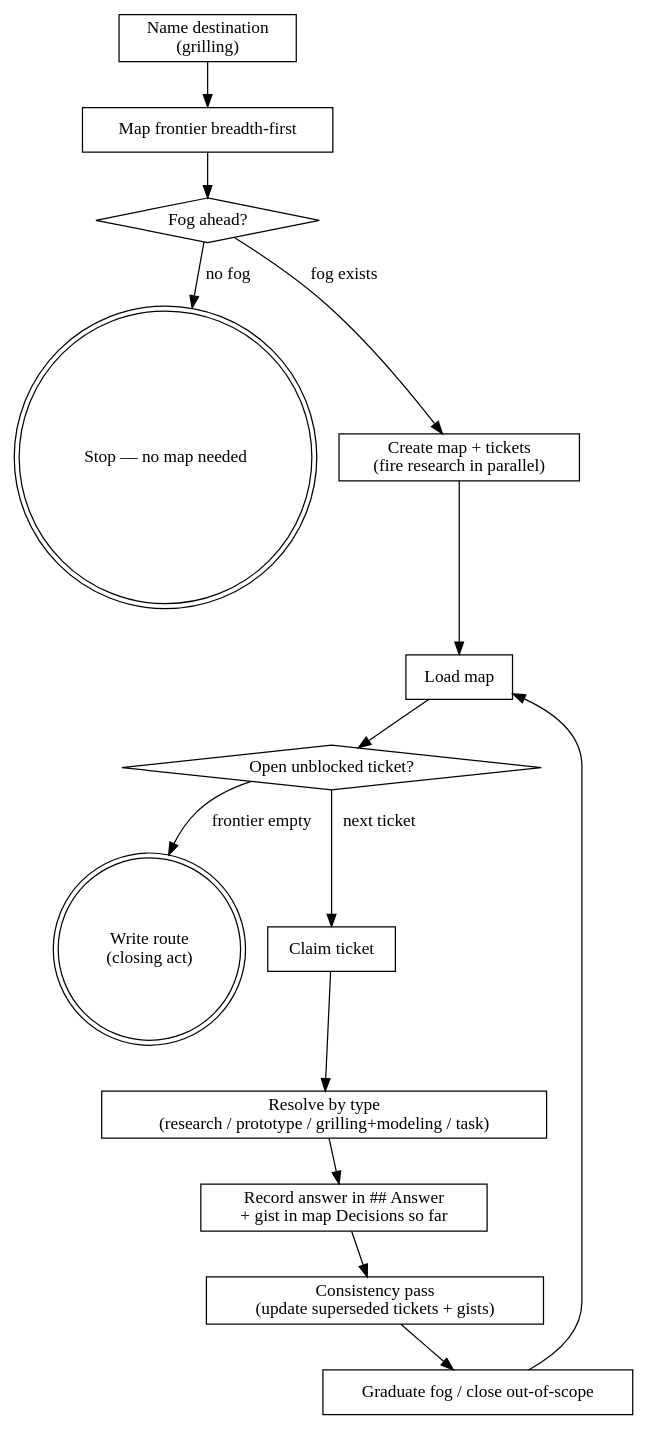
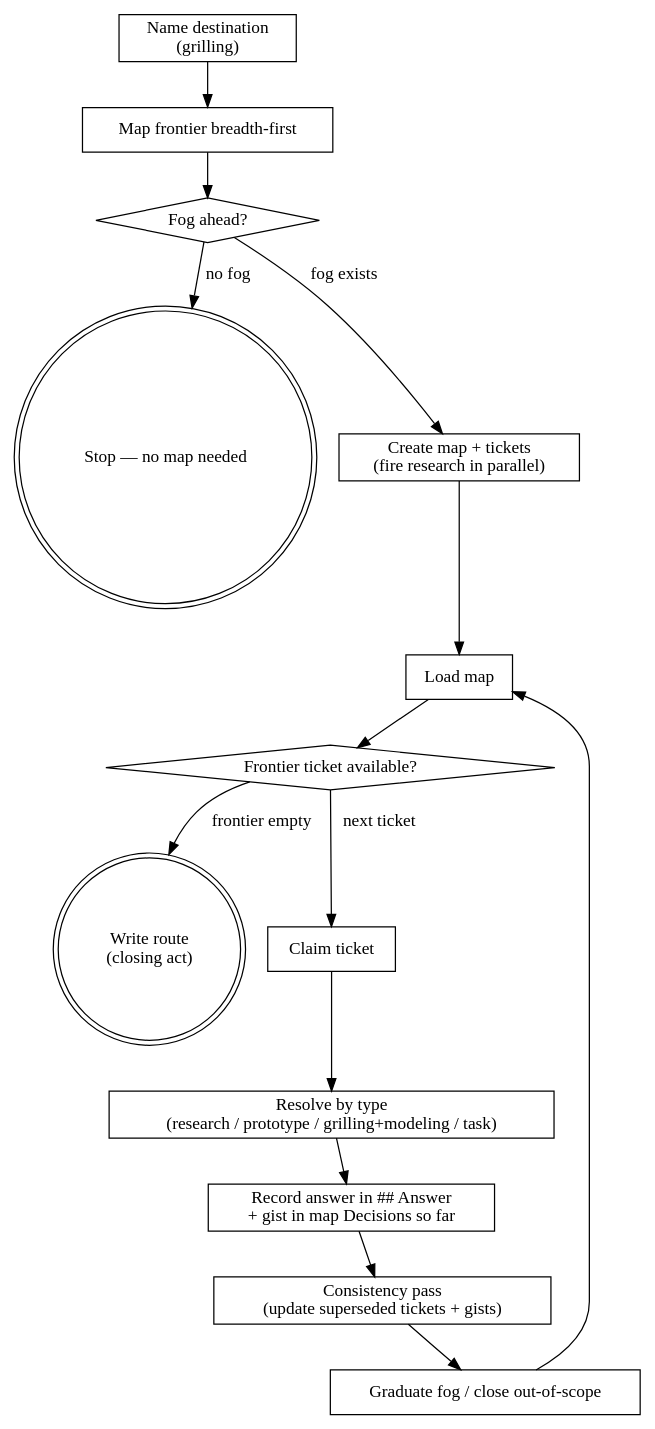
One commit to caiorcferreira/hamilton changed the diagram in skills/hamilton-wayfinder/SKILL.md. Above: the diagram before and after it, drawn with Graphviz. The commit also changed other lines of this file, not shown here.

Commit message:
fix(wayfinder): define the frontier once; unify status vocabulary
The work loop said pick the first open, unblocked, unclaimed ticket while
mechanics said claiming does not affect frontier calculation — a
contradiction. The frontier is now defined once in Map mechanics (status
open, all blockers resolved, file order); a claim removes a ticket from
the frontier; open names only the status value.

Action 6 of wayfinder-skills-action-plan.md.

Claude-Session: https://claude.ai/code/session_016QEiFwULPjcX4Q5RQkDWY7

````diff
--- a/skills/hamilton-wayfinder/SKILL.md
+++ b/skills/hamilton-wayfinder/SKILL.md
@@ -81,31 +83,31 @@
 ```dot
 digraph hamilton_wayfinder {
     "Name destination\n(grilling)" [shape=box];
     "Map frontier breadth-first" [shape=box];
     "Fog ahead?" [shape=diamond];
     "Stop — no map needed" [shape=doublecircle];
     "Create map + tickets\n(fire research in parallel)" [shape=box];
     "Load map" [shape=box];
-    "Open unblocked ticket?" [shape=diamond];
+    "Frontier ticket available?" [shape=diamond];
     "Write route\n(closing act)" [shape=doublecircle];
     "Claim ticket" [shape=box];
     "Resolve by type\n(research / prototype / grilling+modeling / task)" [shape=box];
     "Record answer in ## Answer\n+ gist in map Decisions so far" [shape=box];
     "Consistency pass\n(update superseded tickets + gists)" [shape=box];
     "Graduate fog / close out-of-scope" [shape=box];
 
     "Name destination\n(grilling)" -> "Map frontier breadth-first";
     "Map frontier breadth-first" -> "Fog ahead?";
     "Fog ahead?" -> "Stop — no map needed" [label="no fog"];
     "Fog ahead?" -> "Create map + tickets\n(fire research in parallel)" [label="fog exists"];
     "Create map + tickets\n(fire research in parallel)" -> "Load map";
-    "Load map" -> "Open unblocked ticket?";
-    "Open unblocked ticket?" -> "Write route\n(closing act)" [label="frontier empty"];
-    "Open unblocked ticket?" -> "Claim ticket" [label="next ticket"];
+    "Load map" -> "Frontier ticket available?";
+    "Frontier ticket available?" -> "Write route\n(closing act)" [label="frontier empty"];
+    "Frontier ticket available?" -> "Claim ticket" [label="next ticket"];
     "Claim ticket" -> "Resolve by type\n(research / prototype / grilling+modeling / task)";
     "Resolve by type\n(research / prototype / grilling+modeling / task)" -> "Record answer in ## Answer\n+ gist in map Decisions so far";
     "Record answer in ## Answer\n+ gist in map Decisions so far" -> "Consistency pass\n(update superseded tickets + gists)";
     "Consistency pass\n(update superseded tickets + gists)" -> "Graduate fog / close out-of-scope";
     "Graduate fog / close out-of-scope" -> "Load map";
 }
 ```
````
